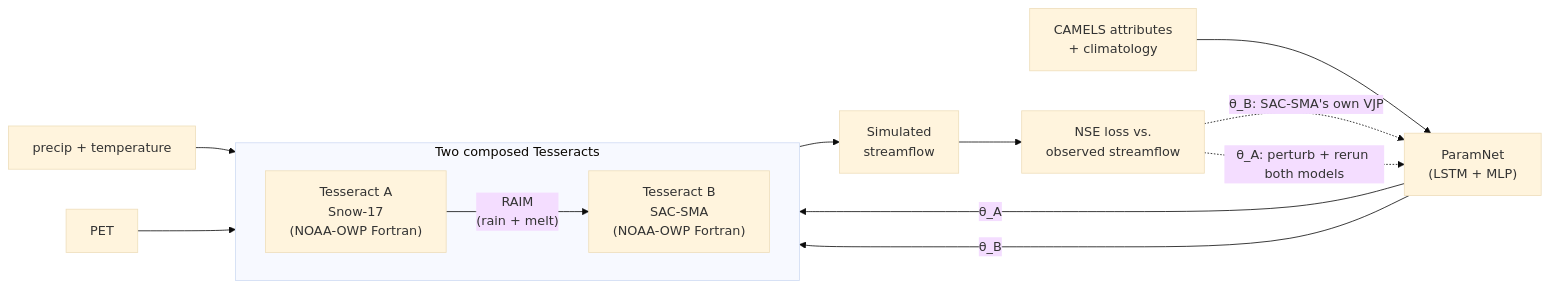
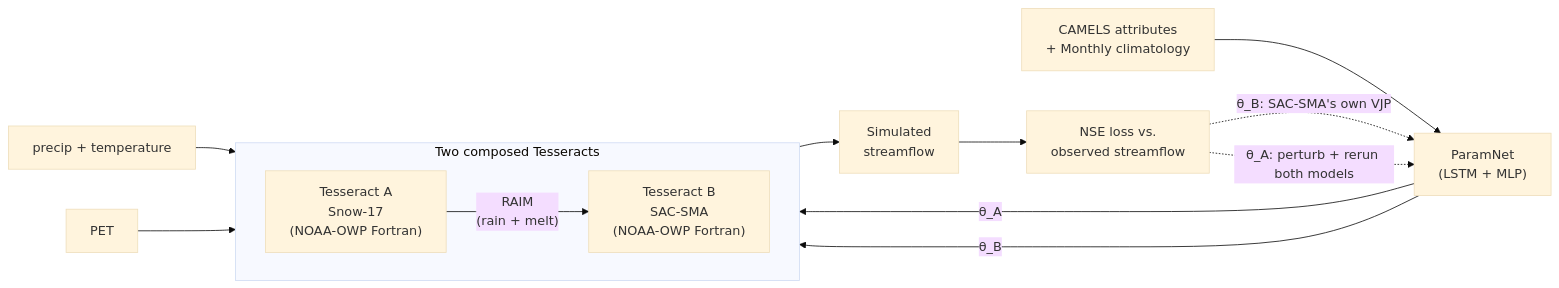
One commit to kasProg/dsnow17-sacsma changed the diagram in README.md. Above: the diagram before and after it, drawn with Mermaid (base theme). The commit also changed other lines of this file, not shown here.

````diff
--- a/README.md
+++ b/README.md
@@ -15,18 +15,18 @@
 ```mermaid
 flowchart LR
-    ATTR["CAMELS attributes<br/>+ climatology"] --> NET["ParamNet<br/>(LSTM + MLP)"]
+    ATTR["CAMELS attributes<br/>+ Monthly climatology"] --> NET["ParamNet<br/>(LSTM + MLP)"]
 
     subgraph TESS["Two composed Tesseracts"]
         direction LR
         T1["Tesseract A<br/>Snow-17<br/>(NOAA-OWP Fortran)"] -- "RAIM<br/>(rain + melt)" --> T2["Tesseract B<br/>SAC-SMA<br/>(NOAA-OWP Fortran)"]
     end
 
     NET -- "θ_A" --> T1
     NET -- "θ_B" --> T2
     FORC["precip + temperature"] --> T1
     PET["PET"] --> T2
     T2 --> SIM["Simulated<br/>streamflow"] --> LOSS["NSE loss vs.<br/>observed streamflow"]
 
     LOSS -. "θ_B: SAC-SMA's own VJP" .-> NET
     LOSS -. "θ_A: perturb + rerun both models" .-> NET
 ```
````
